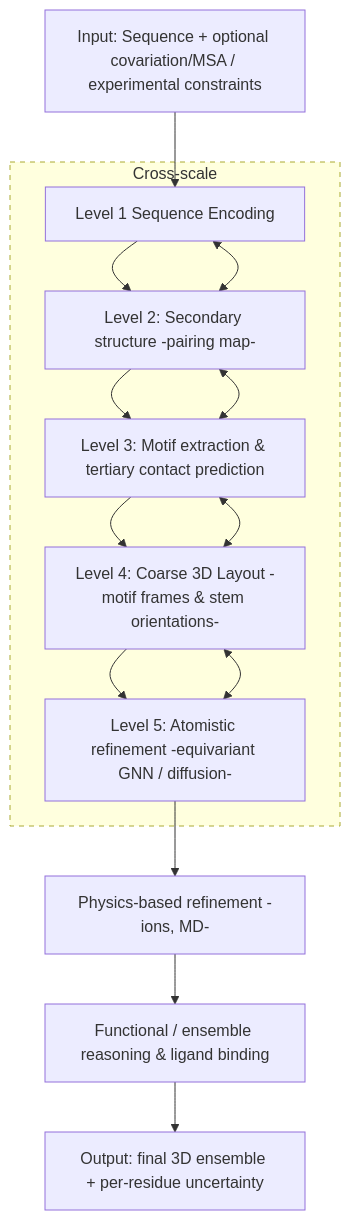
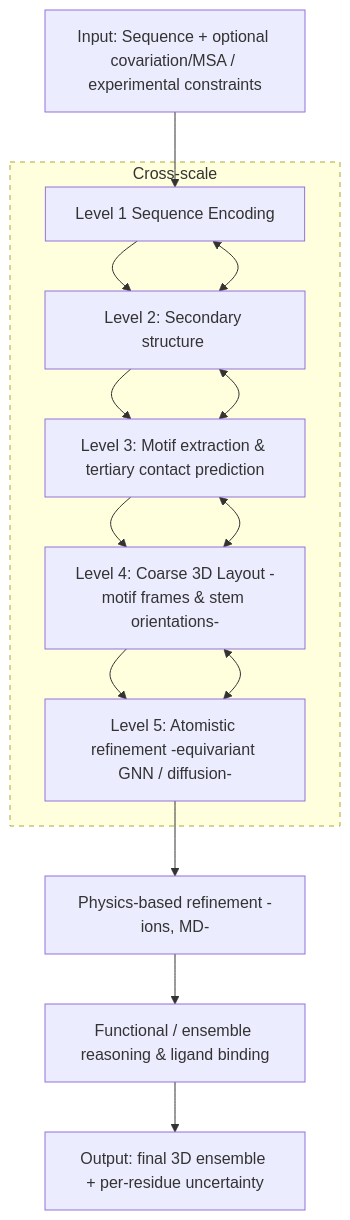
One commit to lwhung1/RNA-HRM changed the diagram in README.md. Above: the diagram before and after it, drawn with Mermaid.

````diff
--- a/README.md
+++ b/README.md
@@ -9,20 +9,20 @@
 ```mermaid
 flowchart TD
   A[Input: Sequence + optional covariation/MSA / experimental constraints] --> B[Level 1 Sequence Encoding]
-  B --> C[Level 2: Secondary structure -pairing map-]
+  B --> C[Level 2: Secondary structure <pairing map>]
   C --> D[Level 3: Motif extraction & tertiary contact prediction]
   D --> E[Level 4: Coarse 3D Layout -motif frames & stem orientations-]
   E --> F[Level 5: Atomistic refinement -equivariant GNN / diffusion-]
   F --> G[Physics-based refinement -ions, MD-]
   G --> H[Functional / ensemble reasoning & ligand binding]
   H --> I[Output: final 3D ensemble + per-residue uncertainty]
 
   subgraph Cross-scale
     B <--> C
     C <--> D
     D <--> E
     E <--> F
   end
 
   style Cross-scale stroke-dasharray: 5 5
 ```
````
